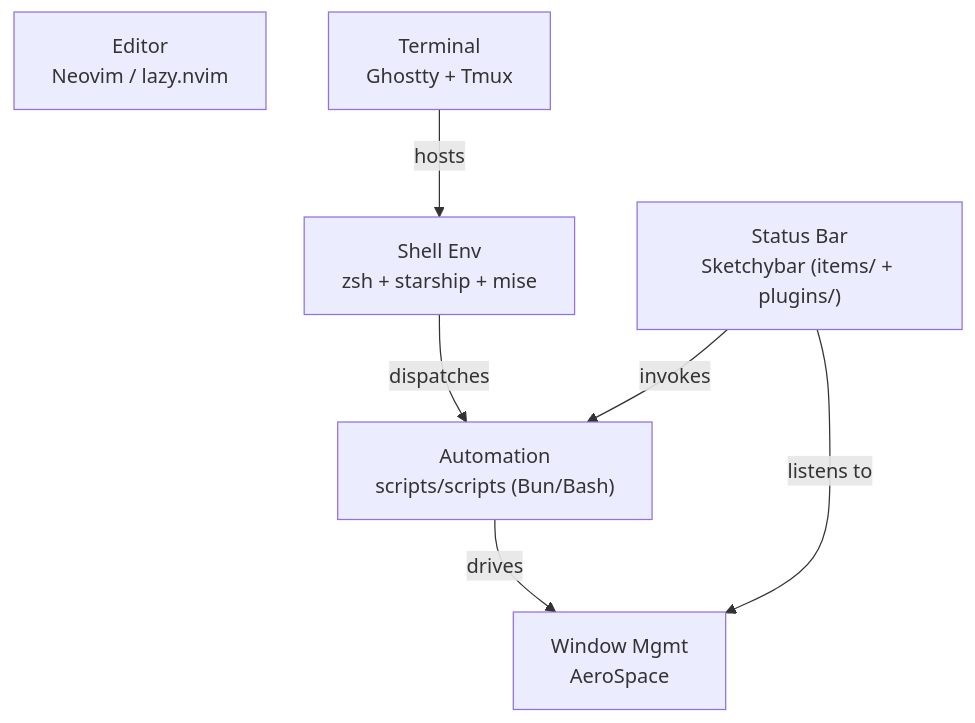
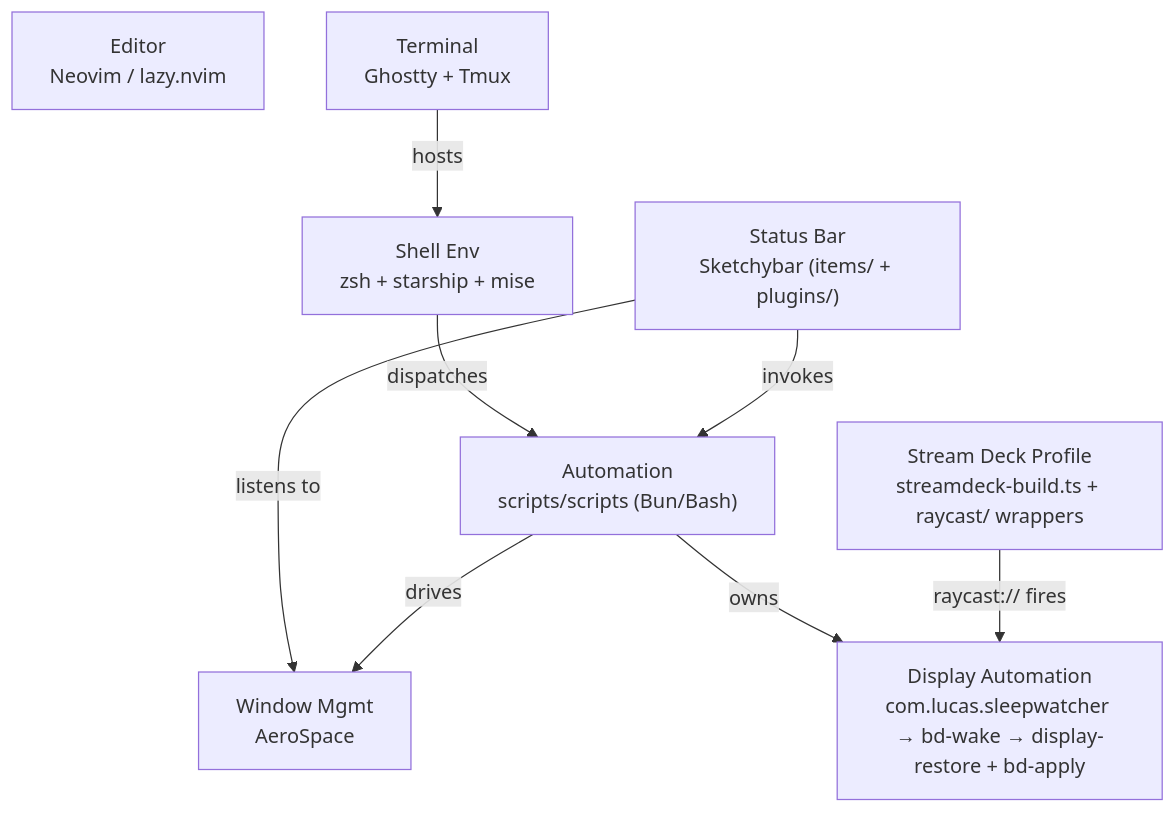
Before and after one commit to durante-tech/dotfiles: the diagram in docs/Sentinel/C4-CONTAINER.md, drawn with Mermaid. The commit also changed other lines of this file and 7 other files, not shown here.

First line of the commit message:
chore(sentinel): refresh architecture snapshot (2026-06-22 scan)

````diff
--- a/docs/Sentinel/C4-CONTAINER.md
+++ b/docs/Sentinel/C4-CONTAINER.md
@@ -6,14 +6,18 @@
 ```mermaid
 graph TD
   shell["Shell Env<br/>zsh + starship + mise"]
   wm["Window Mgmt<br/>AeroSpace"]
   bar["Status Bar<br/>Sketchybar (items/ + plugins/)"]
   editor["Editor<br/>Neovim / lazy.nvim"]
   term["Terminal<br/>Ghostty + Tmux"]
   auto["Automation<br/>scripts/scripts (Bun/Bash)"]
+  disp["Display Automation<br/>com.lucas.sleepwatcher → bd-wake → display-restore + bd-apply"]
+  deck["Stream Deck Profile<br/>streamdeck-build.ts + raycast/ wrappers"]
   shell -->|dispatches| auto
   bar -->|listens to| wm
   bar -->|invokes| auto
   auto -->|drives| wm
+  auto -->|owns| disp
+  deck -->|raycast:// fires| disp
   term -->|hosts| shell
 ```
````
